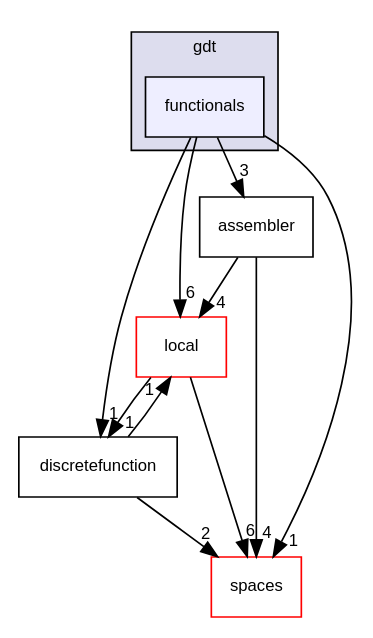
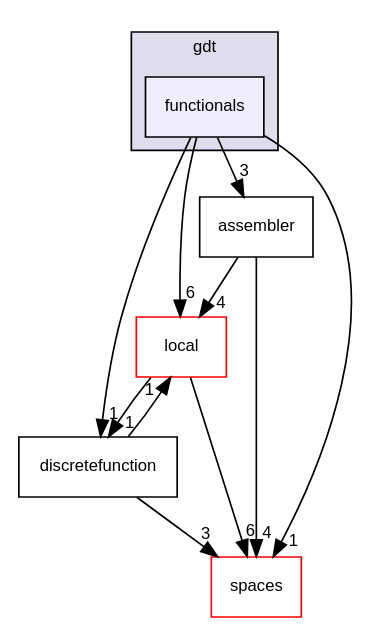
The diagram in docs/dune-gdt/''/dir_a1591cda0d63e65779075ba0a12732f6_dep.dot (dune-community/dune-community.github.io), drawn with Graphviz before and after one commit. The commit also changed 2733 other files, not shown here.

```diff
--- a/docs/dune-gdt/''/dir_a1591cda0d63e65779075ba0a12732f6_dep.dot
+++ b/docs/dune-gdt/''/dir_a1591cda0d63e65779075ba0a12732f6_dep.dot
@@ -1,23 +1,23 @@
 digraph "functionals" {
   compound=true
   node [ fontsize="10", fontname="Helvetica"];
   edge [ labelfontsize="10", labelfontname="Helvetica"];
   subgraph clusterdir_34906b46abd2322068aa0195bd244708 {
     graph [ bgcolor="#ddddee", pencolor="black", label="gdt" fontname="Helvetica", fontsize="10", URL="dir_34906b46abd2322068aa0195bd244708.html"]
   dir_a1591cda0d63e65779075ba0a12732f6 [shape=box, label="functionals", style="filled", fillcolor="#eeeeff", pencolor="black", URL="dir_a1591cda0d63e65779075ba0a12732f6.html"];
   }
   dir_e5964b6fd5a6d82d96e1215fe4a1a66d [shape=box label="local" fillcolor="white" style="filled" color="red" URL="dir_e5964b6fd5a6d82d96e1215fe4a1a66d.html"];
   dir_e555b9af892587a8ff0beb600029e8f8 [shape=box label="discretefunction" URL="dir_e555b9af892587a8ff0beb600029e8f8.html"];
   dir_43d0cc378a1b7044a9ebea179385123e [shape=box label="spaces" fillcolor="white" style="filled" color="red" URL="dir_43d0cc378a1b7044a9ebea179385123e.html"];
   dir_4c554f9d783d63f5e41bbf46d8f2008d [shape=box label="assembler" URL="dir_4c554f9d783d63f5e41bbf46d8f2008d.html"];
   dir_e5964b6fd5a6d82d96e1215fe4a1a66d->dir_e555b9af892587a8ff0beb600029e8f8 [headlabel="1", labeldistance=1.5 headhref="dir_000007_000016.html"];
   dir_e5964b6fd5a6d82d96e1215fe4a1a66d->dir_43d0cc378a1b7044a9ebea179385123e [headlabel="6", labeldistance=1.5 headhref="dir_000007_000014.html"];
   dir_e555b9af892587a8ff0beb600029e8f8->dir_e5964b6fd5a6d82d96e1215fe4a1a66d [headlabel="1", labeldistance=1.5 headhref="dir_000016_000007.html"];
-  dir_e555b9af892587a8ff0beb600029e8f8->dir_43d0cc378a1b7044a9ebea179385123e [headlabel="2", labeldistance=1.5 headhref="dir_000016_000014.html"];
+  dir_e555b9af892587a8ff0beb600029e8f8->dir_43d0cc378a1b7044a9ebea179385123e [headlabel="3", labeldistance=1.5 headhref="dir_000016_000014.html"];
   dir_4c554f9d783d63f5e41bbf46d8f2008d->dir_e5964b6fd5a6d82d96e1215fe4a1a66d [headlabel="4", labeldistance=1.5 headhref="dir_000015_000007.html"];
   dir_4c554f9d783d63f5e41bbf46d8f2008d->dir_43d0cc378a1b7044a9ebea179385123e [headlabel="4", labeldistance=1.5 headhref="dir_000015_000014.html"];
   dir_a1591cda0d63e65779075ba0a12732f6->dir_e5964b6fd5a6d82d96e1215fe4a1a66d [headlabel="6", labeldistance=1.5 headhref="dir_000008_000007.html"];
   dir_a1591cda0d63e65779075ba0a12732f6->dir_e555b9af892587a8ff0beb600029e8f8 [headlabel="1", labeldistance=1.5 headhref="dir_000008_000016.html"];
   dir_a1591cda0d63e65779075ba0a12732f6->dir_43d0cc378a1b7044a9ebea179385123e [headlabel="1", labeldistance=1.5 headhref="dir_000008_000014.html"];
   dir_a1591cda0d63e65779075ba0a12732f6->dir_4c554f9d783d63f5e41bbf46d8f2008d [headlabel="3", labeldistance=1.5 headhref="dir_000008_000015.html"];
 }
```
